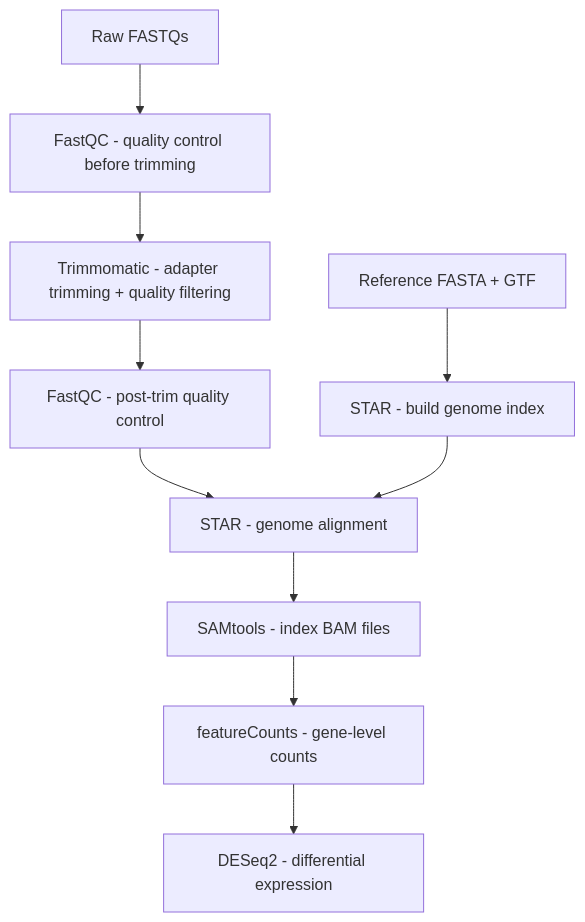
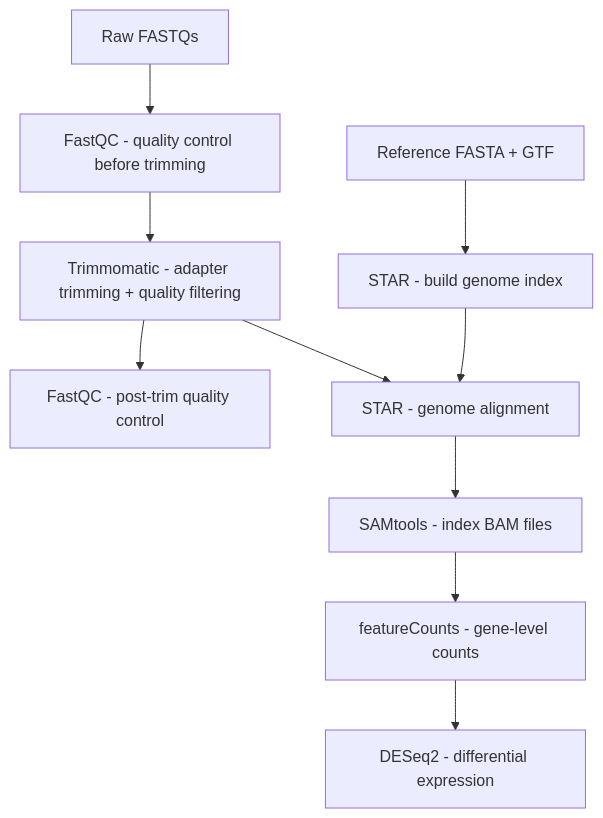
Before and after one commit to tripti-code/rnaseq-pipeline: the diagram in README.md, drawn with Mermaid.

Commit message:
Fix flowchart

````diff
--- a/README.md
+++ b/README.md
@@ -20,12 +20,12 @@
 ```mermaid
 flowchart TD
     A[Raw FASTQs] --> B[FastQC - quality control before trimming]
     B --> C[Trimmomatic - adapter trimming + quality filtering]
     C --> D[FastQC - post-trim quality control]
-    D --> E[STAR - genome alignment]
+    C --> E[STAR - genome alignment]
     R[Reference FASTA + GTF] --> S[STAR - build genome index]
     S --> E
     E --> F[SAMtools - index BAM files]
     F --> G[featureCounts - gene-level counts]
     G --> H[DESeq2 - differential expression]
 ```
````
